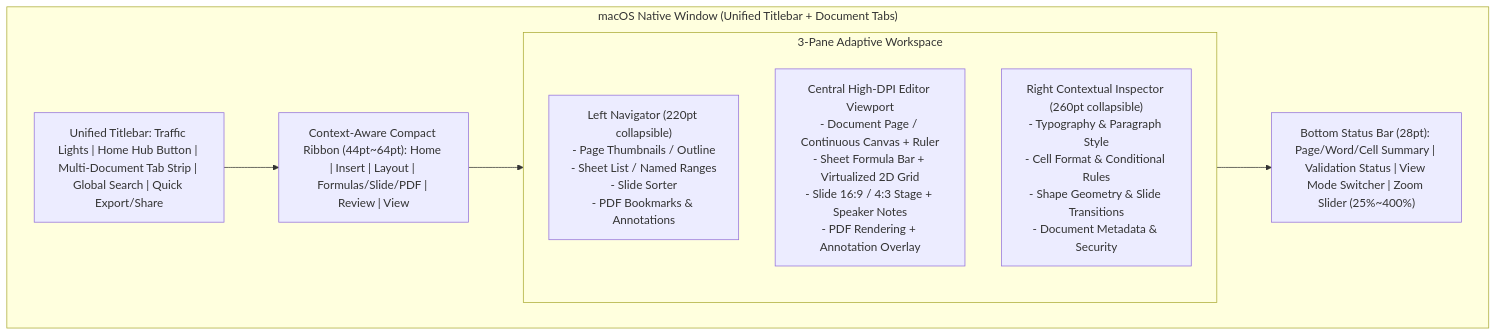
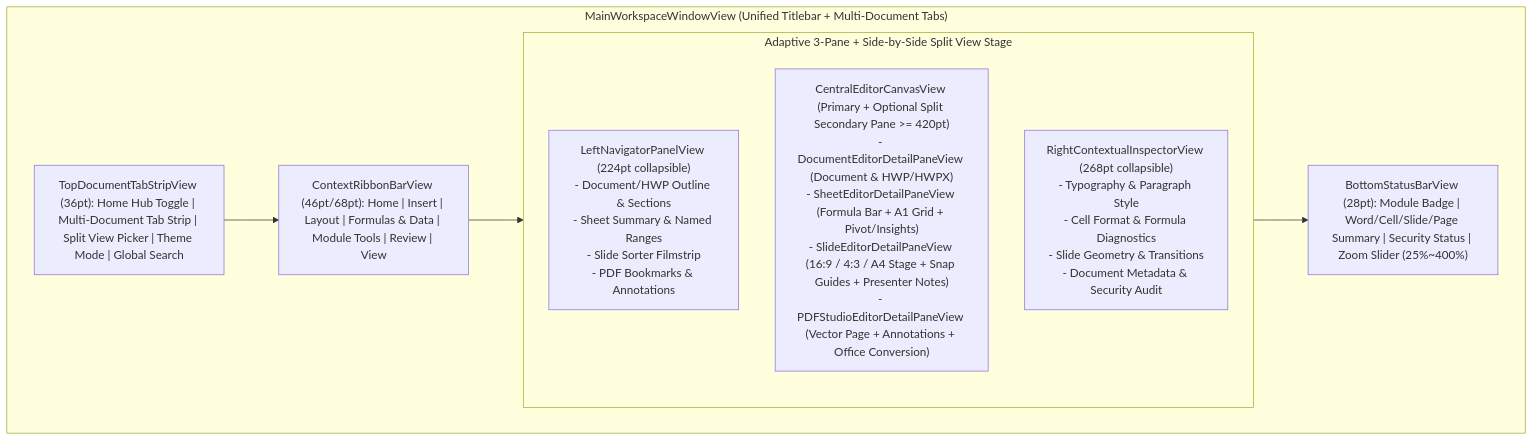
The diagram in docs/design-system.md (AquilaXk/easyoffice), drawn with Mermaid before and after one commit. The commit also changed other lines of this file and 6 other files, not shown here.

````diff
--- a/docs/design-system.md
+++ b/docs/design-system.md
@@ -60,14 +78,14 @@
 ```mermaid
 flowchart TD
-    subgraph Window["macOS Native Window (Unified Titlebar + Document Tabs)"]
-        TopBar["Unified Titlebar: Traffic Lights | Home Hub Button | Multi-Document Tab Strip | Global Search | Quick Export/Share"]
-        Ribbon["Context-Aware Compact Ribbon (44pt~64pt): Home | Insert | Layout | Formulas/Slide/PDF | Review | View"]
-        subgraph MainStage["3-Pane Adaptive Workspace"]
-            LeftNav["Left Navigator (220pt collapsible)\n- Page Thumbnails / Outline\n- Sheet List / Named Ranges\n- Slide Sorter\n- PDF Bookmarks & Annotations"]
-            CenterCanvas["Central High-DPI Editor Viewport\n- Document Page / Continuous Canvas + Ruler\n- Sheet Formula Bar + Virtualized 2D Grid\n- Slide 16:9 / 4:3 Stage + Speaker Notes\n- PDF Rendering + Annotation Overlay"]
-            RightInspector["Right Contextual Inspector (260pt collapsible)\n- Typography & Paragraph Style\n- Cell Format & Conditional Rules\n- Shape Geometry & Slide Transitions\n- Document Metadata & Security"]
+    subgraph Window["MainWorkspaceWindowView (Unified Titlebar + Multi-Document Tabs)"]
+        TopBar["TopDocumentTabStripView (36pt): Home Hub Toggle | Multi-Document Tab Strip | Split View Picker | Theme Mode | Global Search"]
+        Ribbon["ContextRibbonBarView (46pt/68pt): Home | Insert | Layout | Formulas & Data | Module Tools | Review | View"]
+        subgraph MainStage["Adaptive 3-Pane + Side-by-Side Split View Stage"]
+            LeftNav["LeftNavigatorPanelView (224pt collapsible)\n- Document/HWP Outline & Sections\n- Sheet Summary & Named Ranges\n- Slide Sorter Filmstrip\n- PDF Bookmarks & Annotations"]
+            CenterCanvas["CentralEditorCanvasView (Primary + Optional Split Secondary Pane >= 420pt)\n- DocumentEditorDetailPaneView (Document & HWP/HWPX)\n- SheetEditorDetailPaneView (Formula Bar + A1 Grid + Pivot/Insights)\n- SlideEditorDetailPaneView (16:9 / 4:3 / A4 Stage + Snap Guides + Presenter Notes)\n- PDFStudioEditorDetailPaneView (Vector Page + Annotations + Office Conversion)"]
+            RightInspector["RightContextualInspectorView (268pt collapsible)\n- Typography & Paragraph Style\n- Cell Format & Formula Diagnostics\n- Slide Geometry & Transitions\n- Document Metadata & Security Audit"]
         end
-        StatusBar["Bottom Status Bar (28pt): Page/Word/Cell Summary | Validation Status | View Mode Switcher | Zoom Slider (25%~400%)"]
+        StatusBar["BottomStatusBarView (28pt): Module Badge | Word/Cell/Slide/Page Summary | Security Status | Zoom Slider (25%~400%)"]
     end
     TopBar --> Ribbon --> MainStage --> StatusBar
 ```
````
